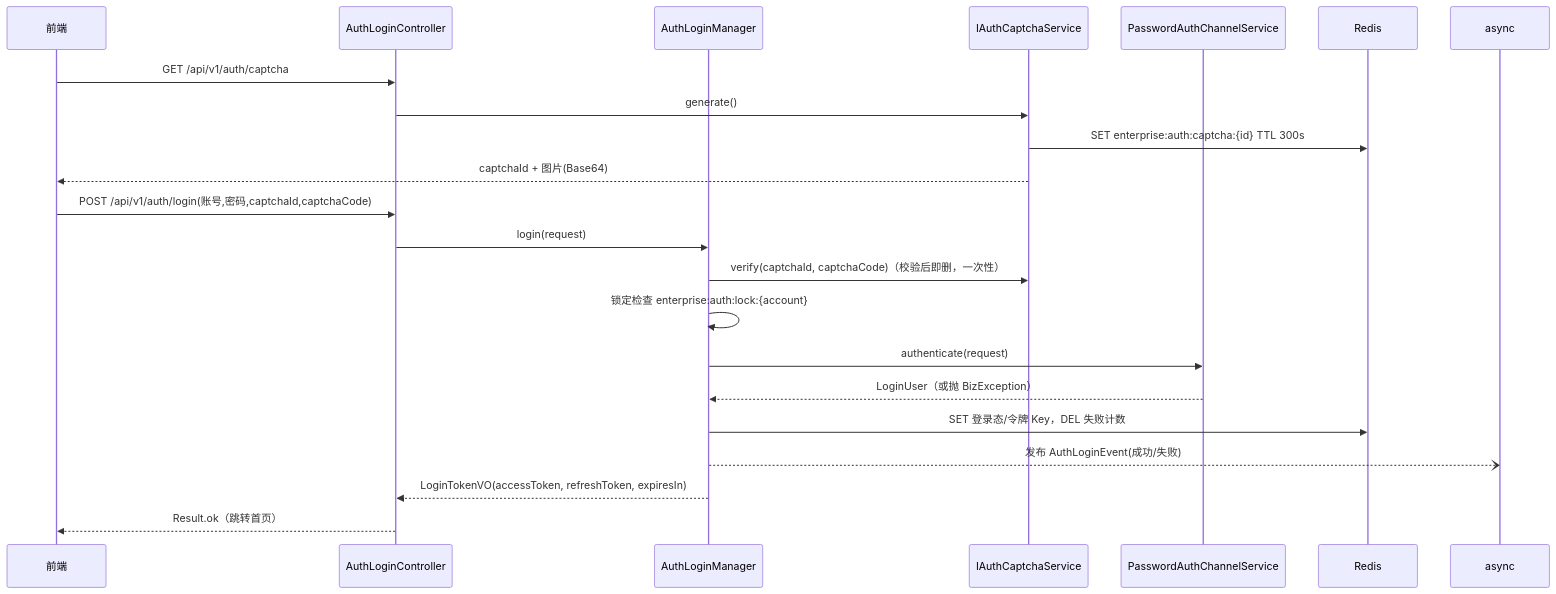
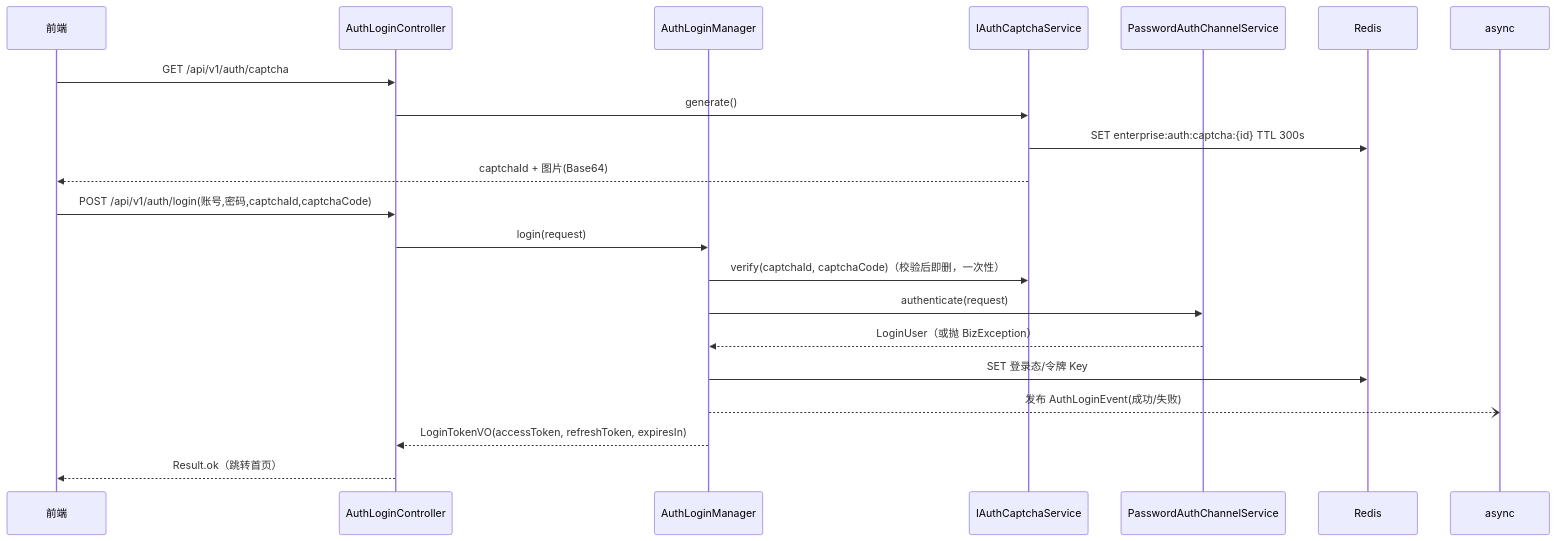
Before and after one commit to miniWh/cacch-enterprise-platform: the third of 5 diagrams in docs/设计文档-权限管理体系.md, drawn with Mermaid. The commit also changed other lines of this file and 1 other file, not shown here.

Commit message:
docs(auth): 落实权限体系 10 项评审决策

````diff
--- a/docs/设计文档-权限管理体系.md
+++ b/docs/设计文档-权限管理体系.md
@@ -225,23 +225,22 @@
 ```mermaid
 sequenceDiagram
     participant FE as 前端
     participant C as AuthLoginController
     participant M as AuthLoginManager
     participant CP as IAuthCaptchaService
     participant CH as PasswordAuthChannelService
     participant R as Redis
     FE->>C: GET /api/v1/auth/captcha
     C->>CP: generate()
     CP->>R: SET enterprise:auth:captcha:{id} TTL 300s
     CP-->>FE: captchaId + 图片(Base64)
     FE->>C: POST /api/v1/auth/login(账号,密码,captchaId,captchaCode)
     C->>M: login(request)
     M->>CP: verify(captchaId, captchaCode)（校验后即删，一次性）
-    M->>M: 锁定检查 enterprise:auth:lock:{account}
     M->>CH: authenticate(request)
     CH-->>M: LoginUser（或抛 BizException）
-    M->>R: SET 登录态/令牌 Key，DEL 失败计数
+    M->>R: SET 登录态/令牌 Key
     M--)async: 发布 AuthLoginEvent(成功/失败)
     M-->>C: LoginTokenVO(accessToken, refreshToken, expiresIn)
     C-->>FE: Result.ok（跳转首页）
 ```
````
